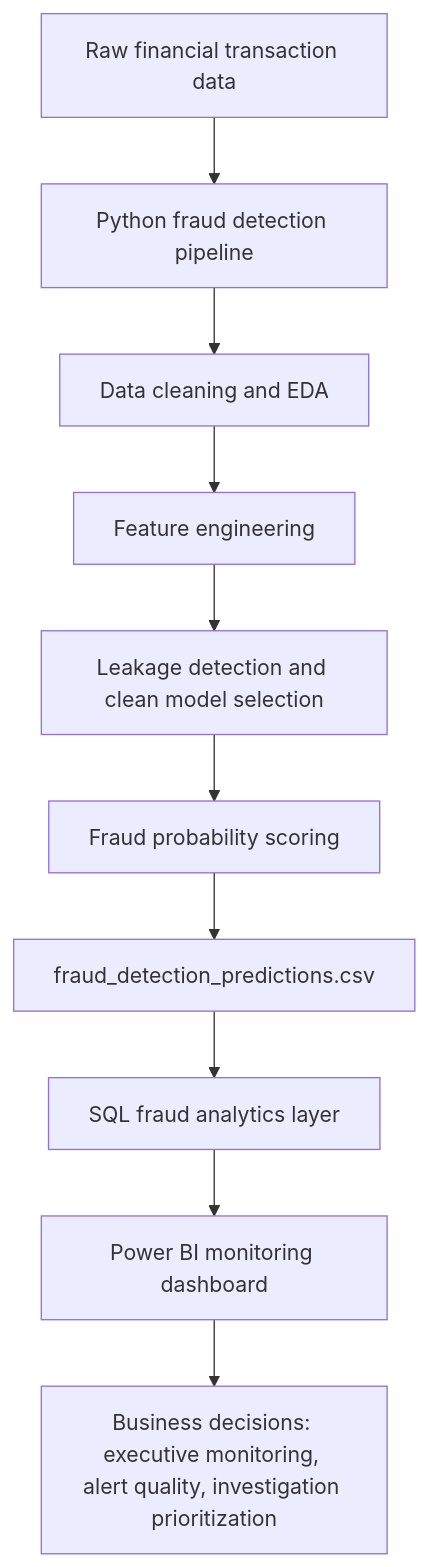
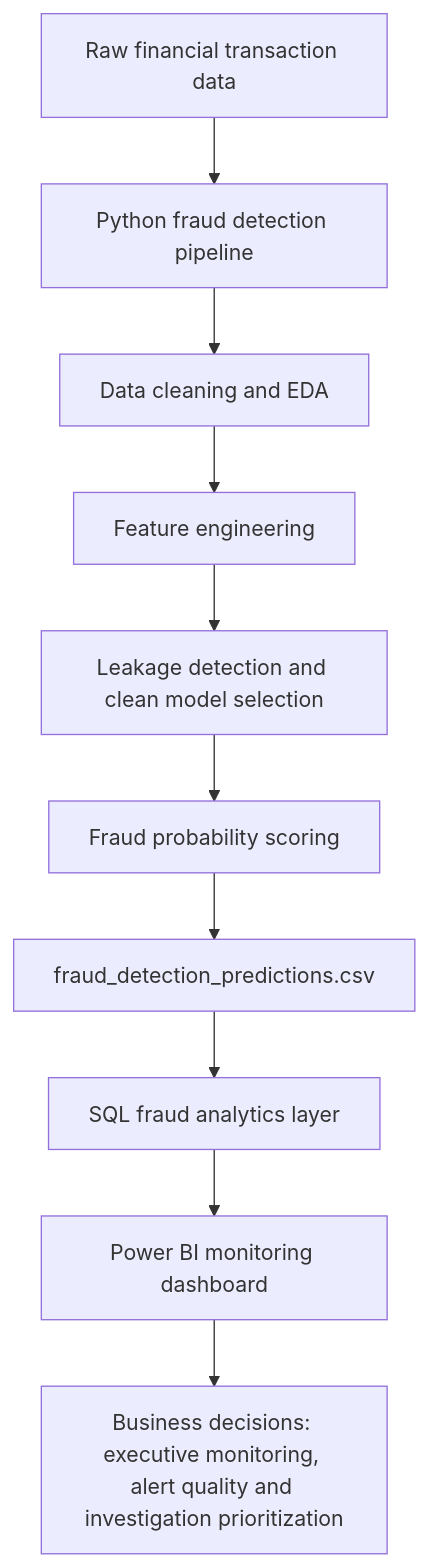
Before and after one commit to celyataklit/fraud-detection-financial-crime-monitoring: the diagram in README.md, drawn with Mermaid. The commit also changed other lines of this file, not shown here.

Commit message:
README.md

````diff
--- a/README.md
+++ b/README.md
@@ -72,12 +72,12 @@
 ```mermaid
 flowchart TD
     A[Raw financial transaction data] --> B[Python fraud detection pipeline]
     B --> C[Data cleaning and EDA]
     C --> D[Feature engineering]
     D --> E[Leakage detection and clean model selection]
     E --> F[Fraud probability scoring]
     F --> G[fraud_detection_predictions.csv]
     G --> H[SQL fraud analytics layer]
     H --> I[Power BI monitoring dashboard]
-    I --> J[Business decisions: executive monitoring, alert quality, investigation prioritization]
+    I --> J[Business decisions: executive monitoring, alert quality and investigation prioritization]
 ```
````
